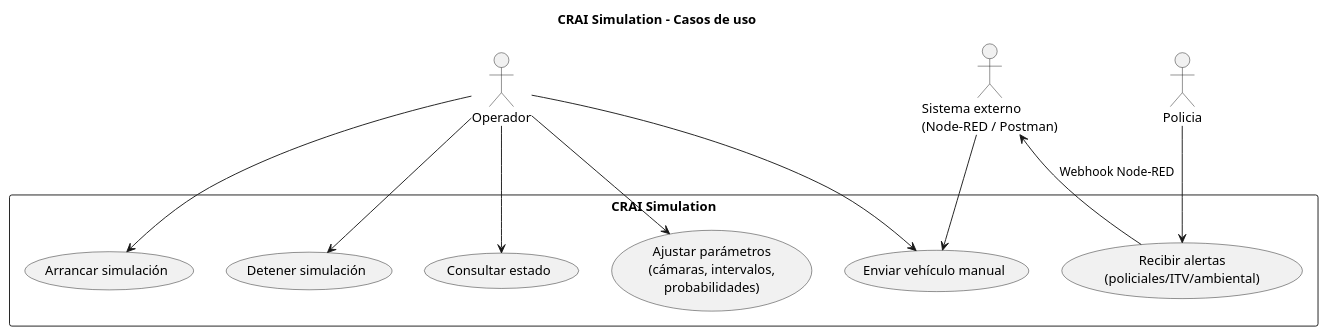
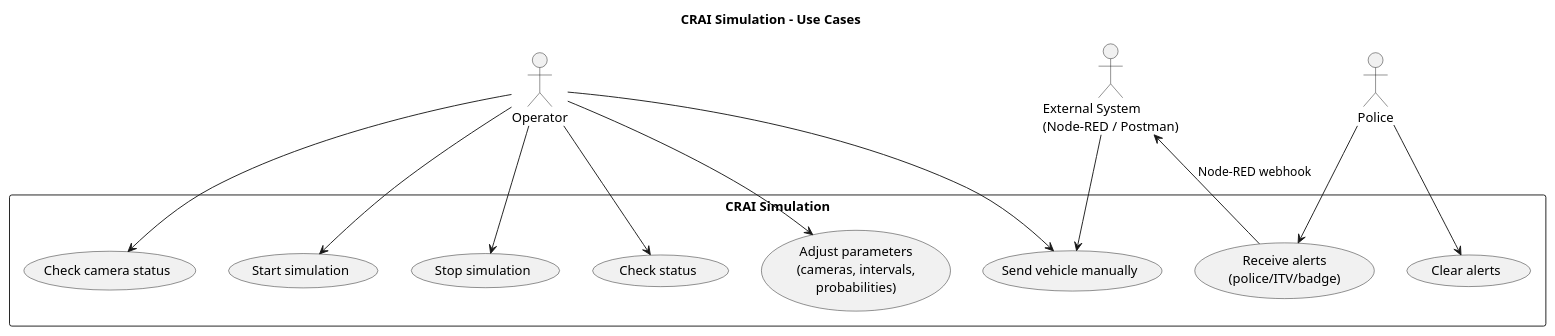
Before and after one commit to IbaiZJ/CRAI: the diagram in os/docs/useCase.puml, drawn with PlantUML. The commit also changed 3 other files, not shown here.

Commit message:
refactor: update class and deployment diagrams for consistency and clarity, enhance use case descriptions

```diff
--- a/os/docs/useCase.puml
+++ b/os/docs/useCase.puml
@@ -1,24 +1,28 @@
 @startuml UseCase
-title CRAI Simulation - Casos de uso
-actor Operador as Op
-actor "Sistema externo\n(Node-RED / Postman)" as Ext
-actor Policia as Pol
+title CRAI Simulation - Use Cases
+actor Operator as Op
+actor "External System\n(Node-RED / Postman)" as Ext
+actor Police as Pol
 
 rectangle "CRAI Simulation" {
-  usecase "Arrancar simulación" as UC_Start
-  usecase "Detener simulación" as UC_Stop
-  usecase "Consultar estado" as UC_Status
-  usecase "Ajustar parámetros\n(cámaras, intervalos,\nprobabilidades)" as UC_Admin
-  usecase "Enviar vehículo manual" as UC_Send
-  usecase "Recibir alertas\n(policiales/ITV/ambiental)" as UC_Alerts
+  usecase "Start simulation" as UC_Start
+  usecase "Stop simulation" as UC_Stop
+  usecase "Check status" as UC_Status
+  usecase "Adjust parameters\n(cameras, intervals,\nprobabilities)" as UC_Admin
+  usecase "Send vehicle manually" as UC_Send
+  usecase "Receive alerts\n(police/ITV/badge)" as UC_Alerts
+  usecase "Clear alerts" as UC_Clear
+  usecase "Check camera status" as UC_CamStatus
 }
 
 Op --> UC_Start
 Op --> UC_Stop
 Op --> UC_Status
 Op --> UC_Admin
 Op --> UC_Send
+Op --> UC_CamStatus
 Pol --> UC_Alerts
+Pol --> UC_Clear
 Ext --> UC_Send
-UC_Alerts --> Ext : Webhook Node-RED
+UC_Alerts --> Ext : Node-RED webhook
 @enduml
```
